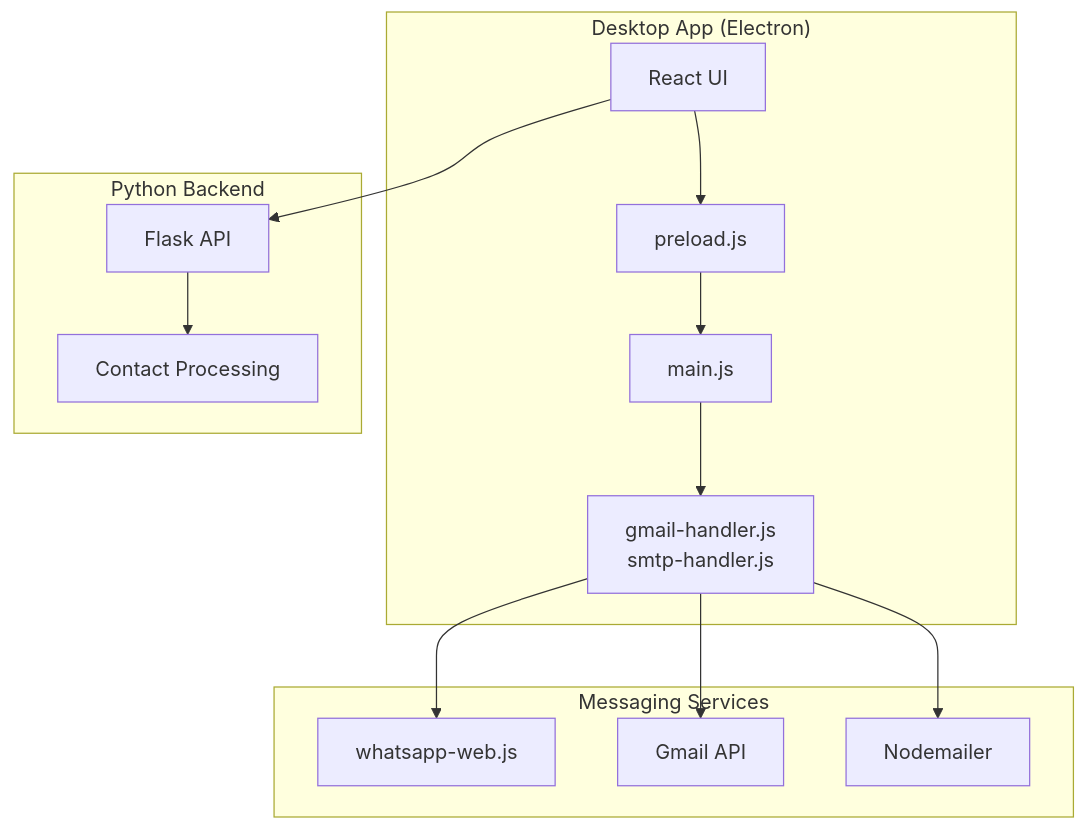
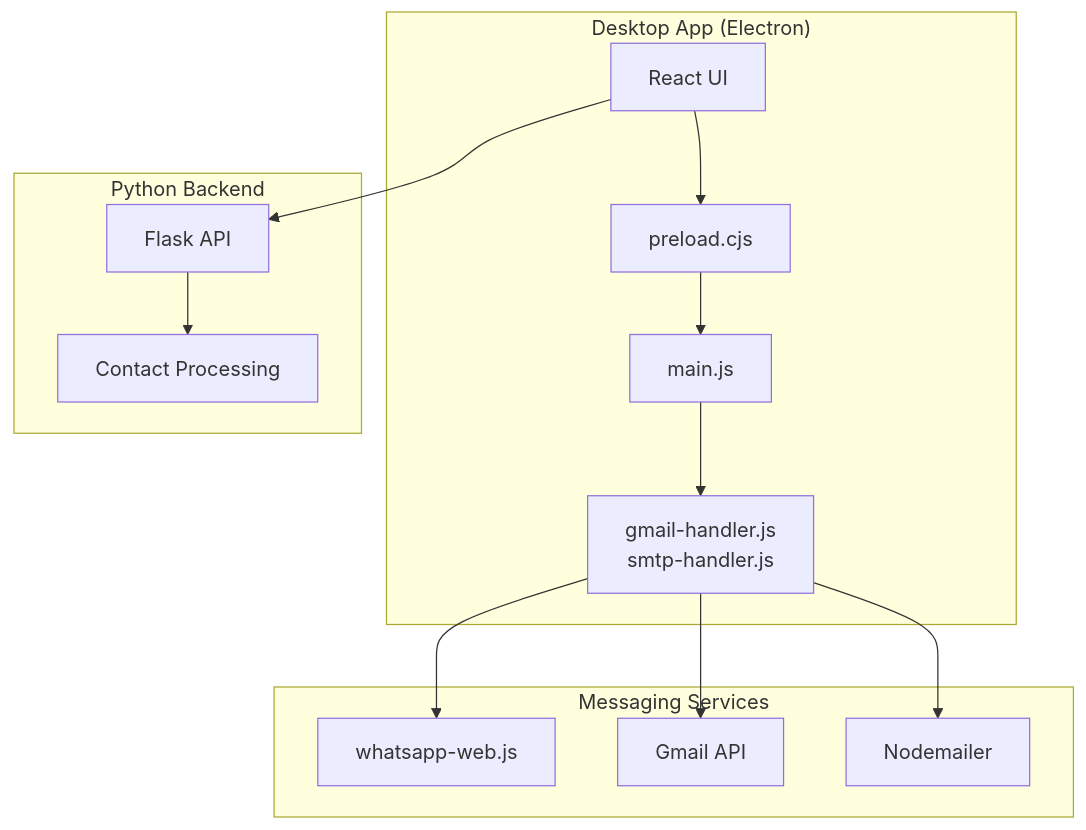
Before and after one commit to tashifkhan/tashif.codes: the second of 5 diagrams in src/data/docs/bulk-messaging-system/Getting Started.md, drawn with Mermaid. The commit also changed other lines of this file and 2128 other files, not shown here.

First line of the commit message:
docs: replace raster diagram images with native Mermaid across project guides

````diff
--- a/src/data/docs/bulk-messaging-system/Getting Started.md
+++ b/src/data/docs/bulk-messaging-system/Getting Started.md
@@ -115,26 +127,26 @@
 ```mermaid
 graph TB
 subgraph "Desktop App (Electron)"
 UI[React UI]
-Preload[preload.js]
+Preload[preload.cjs]
 Main[main.js]
 Handlers[gmail-handler.js<br/>smtp-handler.js]
 end
 subgraph "Messaging Services"
 WA[whatsapp-web.js]
 Gmail[Gmail API]
 SMTP[Nodemailer]
 end
 subgraph "Python Backend"
 PyAPI[Flask API]
 Utils[Contact Processing]
 end
 UI --> Preload
 Preload --> Main
 Main --> Handlers
 Handlers --> WA
 Handlers --> Gmail
 Handlers --> SMTP
 UI --> PyAPI
 PyAPI --> Utils
 ```
````
